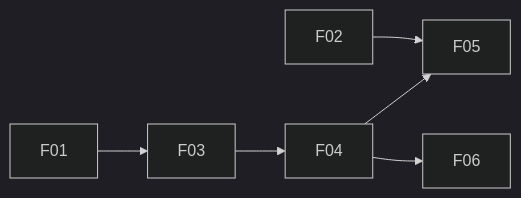
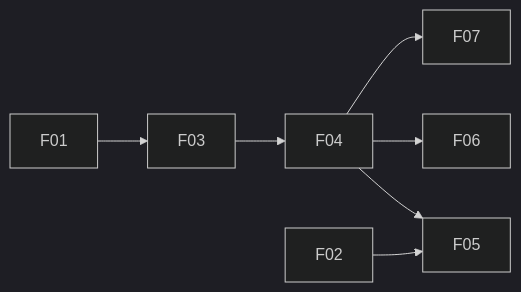
Before and after one commit to ZJUCao/troy-mode-trial: the diagram in docs/requirements.md, drawn with Mermaid (dark theme). The commit also changed other lines of this file and 2 other files, not shown here.

````diff
--- a/docs/requirements.md
+++ b/docs/requirements.md
@@ -72,8 +77,9 @@
 ```mermaid
 flowchart LR
   F01 --> F03
   F03 --> F04
   F04 --> F05
   F02 --> F05
   F04 --> F06
+  F04 --> F07
 ```
````
